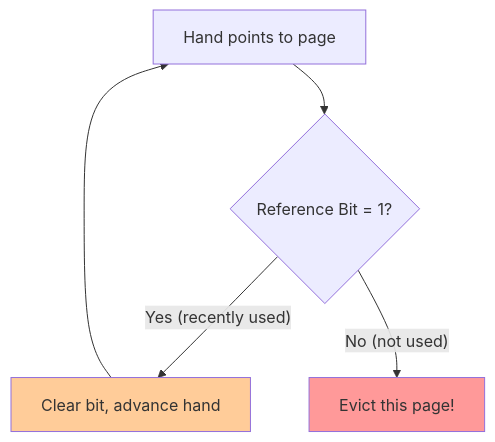
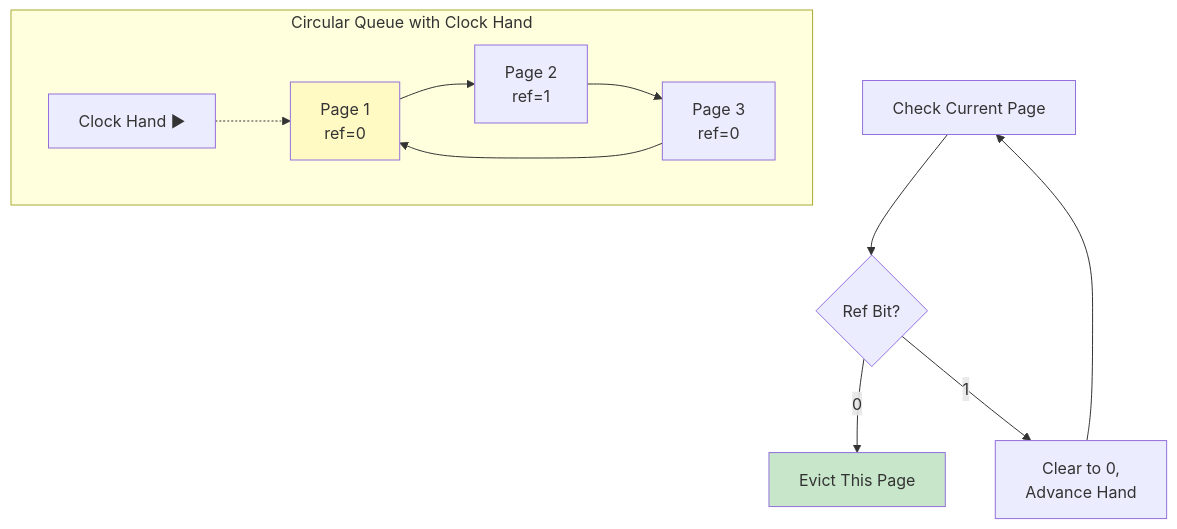
One commit to Nathan0820/vault changed diagram 12 of 18 in content/CS2106/L9.md. Above: the diagram before and after it, drawn with Mermaid. The commit also changed other lines of this file and 2 other files, not shown here.

````diff
--- a/content/CS2106/L9.md
+++ b/content/CS2106/L9.md
@@ -242,10 +625,17 @@
 ```mermaid
 flowchart TD
-    Start["Hand points to page"] --> Bit{"Reference Bit = 1?"}
-    Bit -- "Yes (recently used)" --> Clear["Clear bit, advance hand"]
-    Clear --> Start
-    Bit -- "No (not used)" --> Evict["Evict this page!"]
+    subgraph Clock ["Circular Queue with Clock Hand"]
+        C1["Page 1<br/>ref=0"] --> C2["Page 2<br/>ref=1"]
+        C2 --> C3["Page 3<br/>ref=0"]
+        C3 --> C1
+        Hand["Clock Hand ▶"] -.-> C1
+    end
 
-    style Evict fill:#ff9999
-    style Clear fill:#ffcc99
+    Check["Check Current Page"] --> Ref{"Ref Bit?"}
+    Ref -- "0" --> Evict["Evict This Page"]
+    Ref -- "1" --> Clear["Clear to 0,<br/>Advance Hand"]
+    Clear --> Check
+
+    style Evict fill:#c8e6c9
+    style C1 fill:#fff9c4
 ```
````
